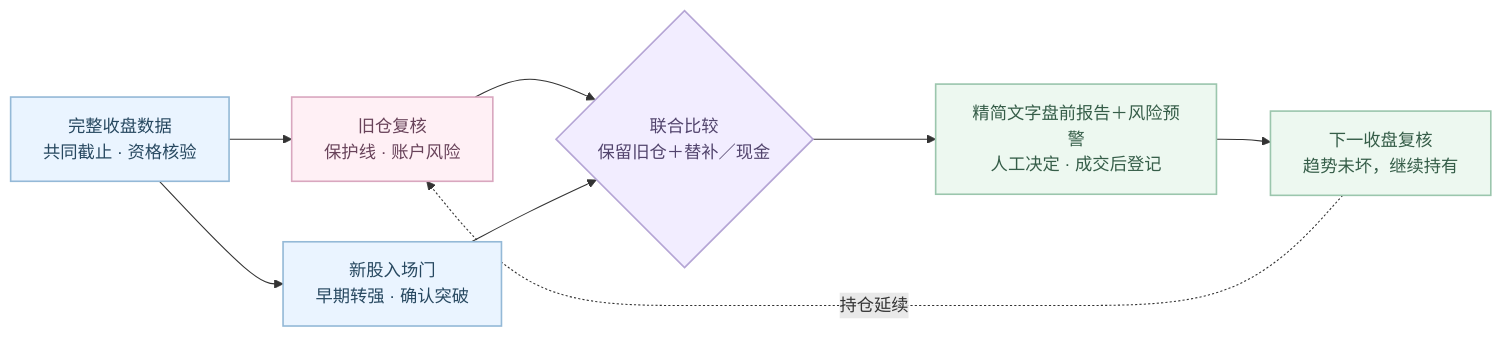
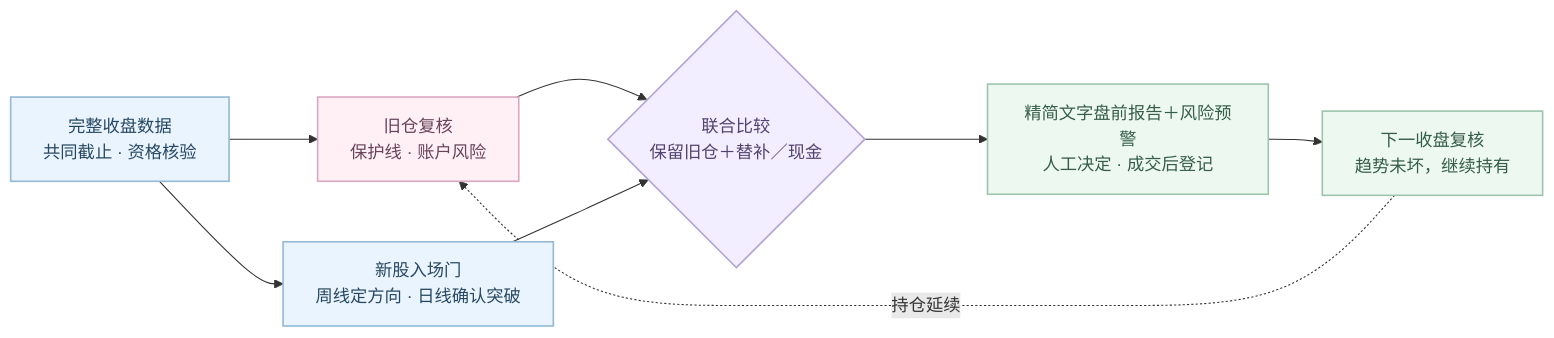
The diagram in README.md (zerongwong/a-share-lab), drawn with Mermaid before and after one commit. The commit also changed other lines of this file and 26 other files, not shown here.

````diff
--- a/README.md
+++ b/README.md
@@ -16,22 +16,22 @@
 ```mermaid
 flowchart LR
     D["完整收盘数据<br/>共同截止 · 资格核验"]
     H["旧仓复核<br/>保护线 · 账户风险"]
-    N["新股入场门<br/>早期转强 · 确认突破"]
+    N["新股入场门<br/>周线定方向 · 日线确认突破"]
     J{"联合比较<br/>保留旧仓＋替补／现金"}
     R["精简文字盘前报告＋风险预警<br/>人工决定 · 成交后登记"]
     V["下一收盘复核<br/>趋势未坏，继续持有"]
     D --> H & N
     H --> J
     N --> J
     J --> R --> V
     V -. 持仓延续 .-> H
     classDef sky fill:#eaf4ff,stroke:#94b9d7,color:#274860,stroke-width:1.5px;
     classDef rose fill:#fff0f5,stroke:#d9a7bf,color:#69435a,stroke-width:1.5px;
     classDef mint fill:#edf8f0,stroke:#9bc6ad,color:#355d48,stroke-width:1.5px;
     classDef lavender fill:#f2edff,stroke:#b5a5d5,color:#52446d,stroke-width:1.5px;
     class D,N sky;
     class H rose;
     class J lavender;
     class R,V mint;
 ```
````
